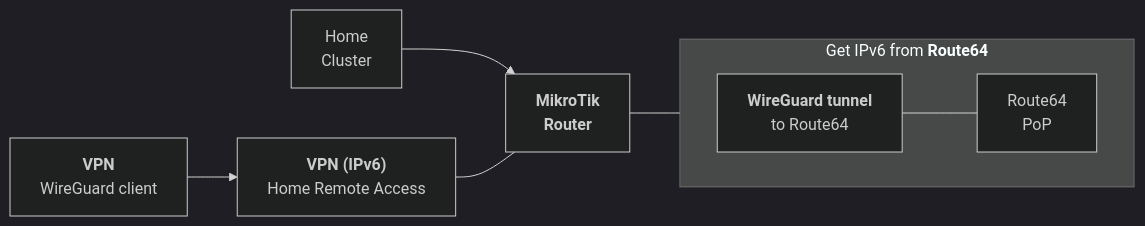
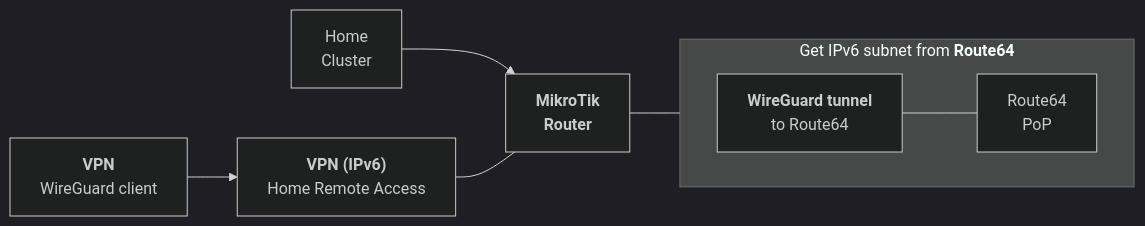
Before and after one commit to Schwitzd/IaC-HomeRouter: the diagram in README.md, drawn with Mermaid (dark theme). The commit also changed other lines of this file, not shown here.

Commit message:
readme: enhanced IPv6 and VPN

````diff
--- a/README.md
+++ b/README.md
@@ -224,15 +233,15 @@
 ```mermaid
 graph LR
-    LAN[Home<br/>Cluster] --> Mikrotik["<b>MikroTik<br/>Router</b>"]
+    LAN[Home<br/>Cluster] --> Mikrotik["<b>MikroTik<br/>Router</b>"]
 
-    subgraph Route64Box["Get IPv6 from <b>Route64<b>"]
-        direction LR
-        WGup["<b>WireGuard tunnel</b><br/>to Route64"]
-        Route64["Route64<br/>PoP"]
-        WGup --- Route64
-    end
+    subgraph Route64Box["Get IPv6 subnet from <b>Route64<b>"]
+        direction LR
+        WGup["<b>WireGuard tunnel</b><br/>to Route64"]
+        Route64["Route64<br/>PoP"]
+        WGup --- Route64
+    end
 
-    Mikrotik --- WGup
+    Mikrotik --- WGup
 
-    Client["<b>VPN</b><br/>WireGuard client"] --> Tunnel2["<b>VPN (IPv6)</b><br />Home Remote Access"] --- Mikrotik
-  ```
+    Client["<b>VPN</b><br/>WireGuard client"] --> Tunnel2["<b>VPN (IPv6)</b><br />Home Remote Access"] --- Mikrotik
+```
````
